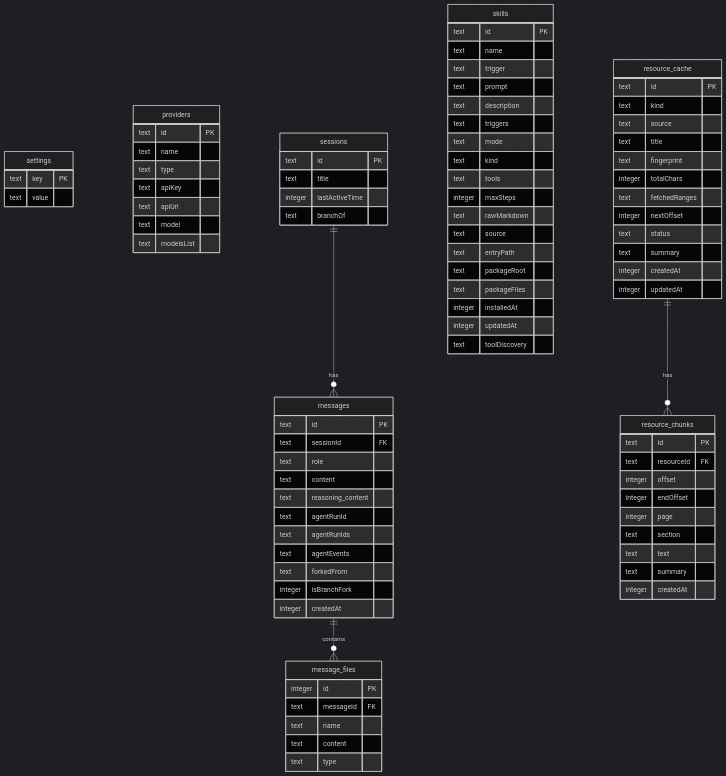
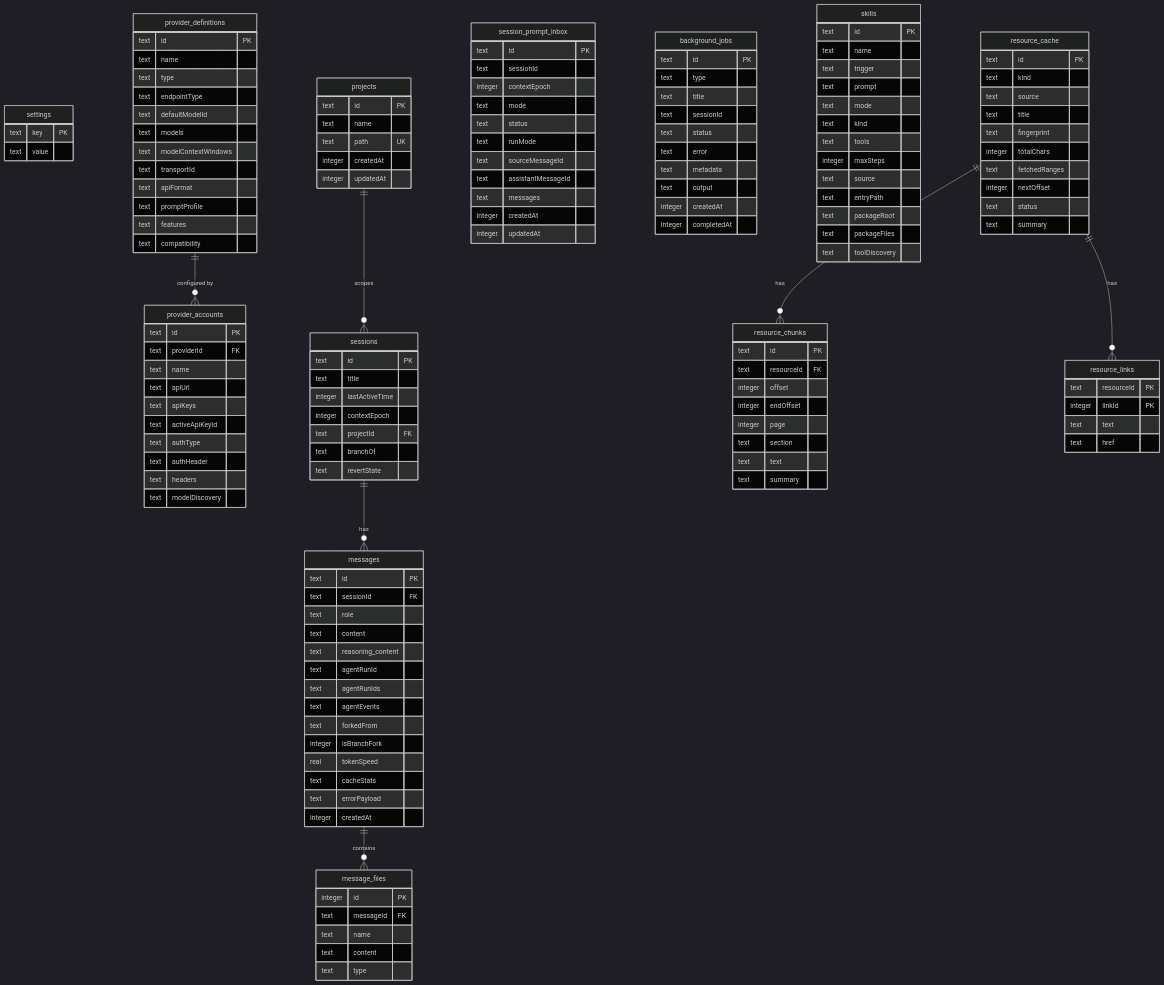
The diagram in ARCHITECTURE.md (lbc1355/Quick-AI), drawn with Mermaid (dark theme) before and after one commit. The commit also changed other lines of this file, not shown here.

First line of the commit message:
docs: bring ARCHITECTURE.md up to date with 46 commits of drift

````diff
--- a/ARCHITECTURE.md
+++ b/ARCHITECTURE.md
@@ -210,20 +271,47 @@
         text key PK
         text value
     }
-    providers {
+    projects {
+        text id PK
+        text name
+        text path UK
+        integer createdAt
+        integer updatedAt
+    }
+    provider_definitions {
         text id PK
         text name
         text type
-        text apiKey
+        text endpointType
+        text defaultModelId
+        text models
+        text modelContextWindows
+        text transportId
+        text apiFormat
+        text promptProfile
+        text features
+        text compatibility
+    }
+    provider_accounts {
+        text id PK
+        text providerId FK
+        text name
         text apiUrl
-        text model
-        text modelsList
+        text apiKeys
+        text activeApiKeyId
+        text authType
+        text authHeader
+        text headers
+        text modelDiscovery
     }
     sessions {
         text id PK
         text title
         integer lastActiveTime
+        integer contextEpoch
+        text projectId FK
         text branchOf
+        text revertState
     }
     messages {
         text id PK
@@ -236,6 +324,9 @@
         text agentEvents
         text forkedFrom
         integer isBranchFork
+        real tokenSpeed
+        text cacheStats
+        text errorPayload
         integer createdAt
     }
     message_files {
@@ -245,24 +336,44 @@
         text content
         text type
     }
+    session_prompt_inbox {
+        text id PK
+        text sessionId
+        integer contextEpoch
+        text mode
+        text status
+        text runMode
+        text sourceMessageId
+        text assistantMessageId
+        text messages
+        integer createdAt
+        integer updatedAt
+    }
+    background_jobs {
+        text id PK
+        text type
+        text title
+        text sessionId
+        text status
+        text error
+        text metadata
+        text output
+        integer createdAt
+        integer completedAt
+    }
     skills {
         text id PK
         text name
         text trigger
         text prompt
-        text description
-        text triggers
         text mode
         text kind
         text tools
         integer maxSteps
-        text rawMarkdown
         text source
         text entryPath
         text packageRoot
         text packageFiles
-        integer installedAt
-        integer updatedAt
         text toolDiscovery
     }
     resource_cache {
@@ -276,8 +387,6 @@
         integer nextOffset
         text status
         text summary
-        integer createdAt
-        integer updatedAt
     }
     resource_chunks {
         text id PK
@@ -288,10 +397,18 @@
         text section
         text text
         text summary
-        integer createdAt
     }
-    
+    resource_links {
+        text resourceId PK
+        integer linkId PK
+        text text
+        text href
+    }
+
+    provider_definitions ||--o{ provider_accounts : "configured by"
+    projects ||--o{ sessions : "scopes"
     sessions ||--o{ messages : "has"
     messages ||--o{ message_files : "contains"
     resource_cache ||--o{ resource_chunks : "has"
+    resource_cache ||--o{ resource_links : "has"
 ```
````
